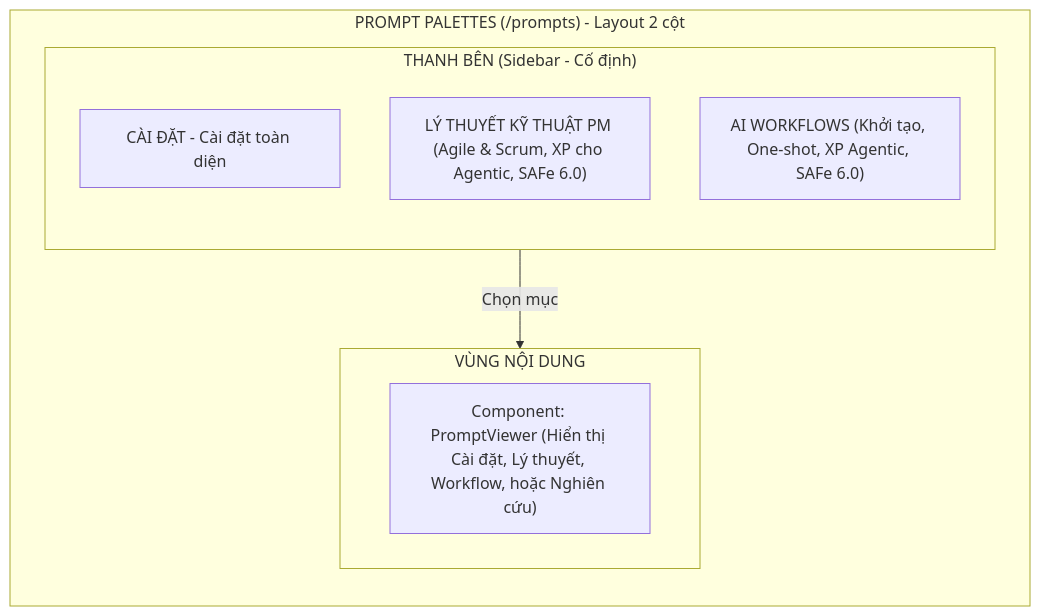
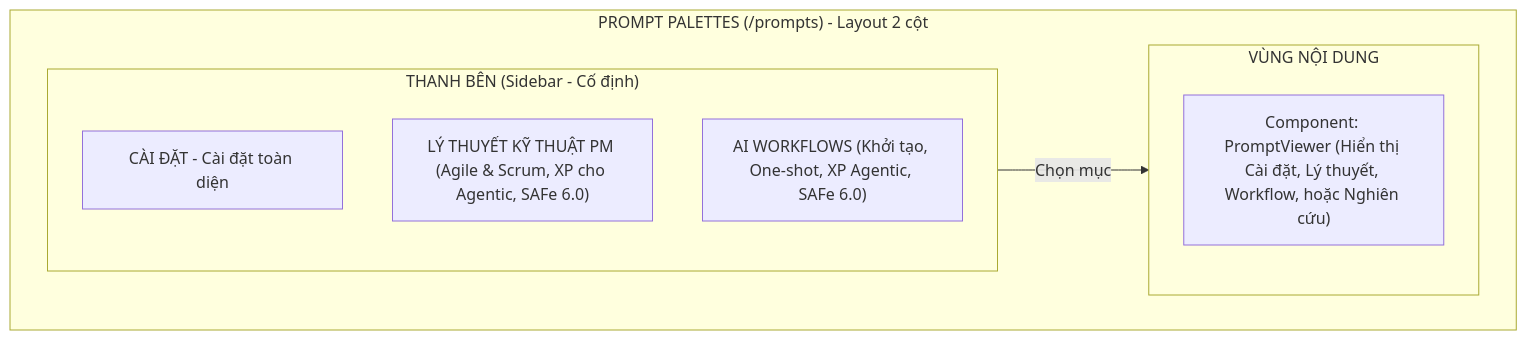
Before and after one commit to duyhunghd6/gmind: the ninth of 13 diagrams in docs/PRDs/apps-website/PRD-00-Website-Structure.md, drawn with Mermaid. The commit also changed other lines of this file and 2 other files, not shown here.

````diff
--- a/docs/PRDs/apps-website/PRD-00-Website-Structure.md
+++ b/docs/PRDs/apps-website/PRD-00-Website-Structure.md
@@ -433,17 +435,16 @@
 ```mermaid
-graph LR
+graph TD
     subgraph Prompts_Page["PROMPT PALETTES (/prompts) - Layout 2 cột"]
         subgraph Sidebar["THANH BÊN (Sidebar - Cố định)"]
-            direction TB
             Setup["CÀI ĐẶT - Cài đặt toàn diện"]
             Theory["LÝ THUYẾT KỸ THUẬT PM (Agile & Scrum, XP cho Agentic, SAFe 6.0)"]
             Workflows["AI WORKFLOWS (Khởi tạo, One-shot, XP Agentic, SAFe 6.0)"]
         end
         
         subgraph Content["VÙNG NỘI DUNG"]
             Viewer["Component: PromptViewer (Hiển thị Cài đặt, Lý thuyết, Workflow, hoặc Nghiên cứu)"]
         end
 
         Sidebar -->|Chọn mục| Content
     end
 ```
````
